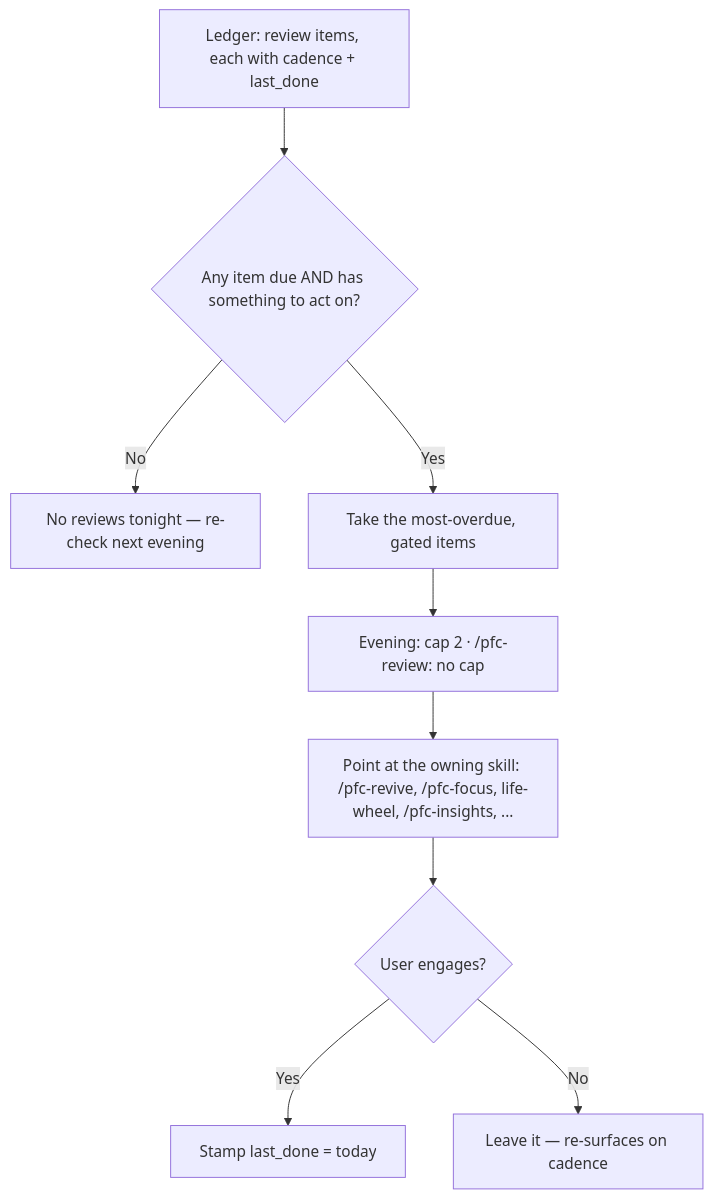
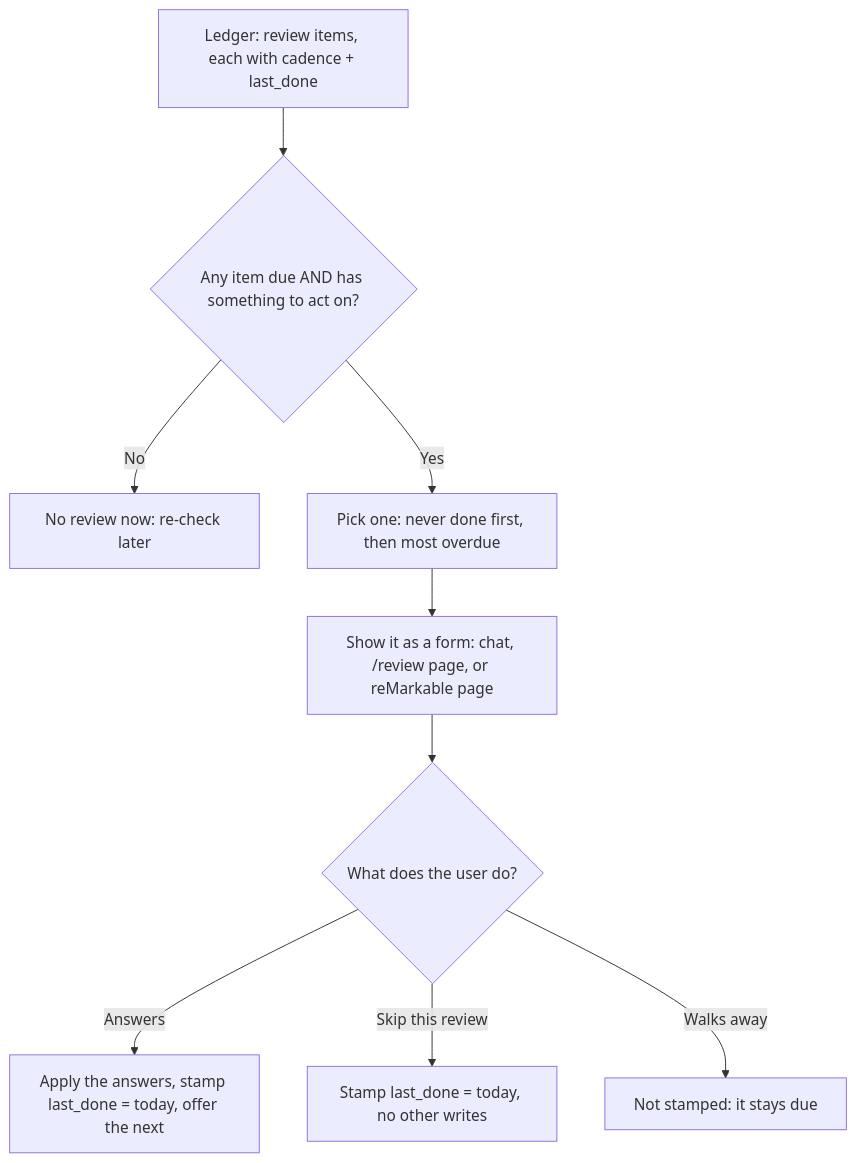
One commit to Jikodis/my-pfc changed the third of 4 diagrams in docs/workflows.md. Above: the diagram before and after it, drawn with Mermaid. The commit also changed other lines of this file and 11 other files, not shown here.

````diff
--- a/docs/workflows.md
+++ b/docs/workflows.md
@@ -35,11 +42,11 @@
 ```mermaid
 flowchart TD
     A[Ledger: review items, each with cadence + last_done] --> B{Any item due AND has something to act on?}
-    B -->|No| C[No reviews tonight — re-check next evening]
-    B -->|Yes| D[Take the most-overdue, gated items]
-    D --> E[Evening: cap 2 · /pfc-review: no cap]
-    E --> F[Point at the owning skill: /pfc-revive, /pfc-focus, life-wheel, /pfc-insights, ...]
-    F --> G{User engages?}
-    G -->|Yes| H[Stamp last_done = today]
-    G -->|No| I[Leave it — re-surfaces on cadence]
+    B -->|No| C[No review now: re-check later]
+    B -->|Yes| D[Pick one: never done first, then most overdue]
+    D --> E[Show it as a form: chat, /review page, or reMarkable page]
+    E --> G{What does the user do?}
+    G -->|Answers| H[Apply the answers, stamp last_done = today, offer the next]
+    G -->|Skip this review| J[Stamp last_done = today, no other writes]
+    G -->|Walks away| I[Not stamped: it stays due]
 ```
````
